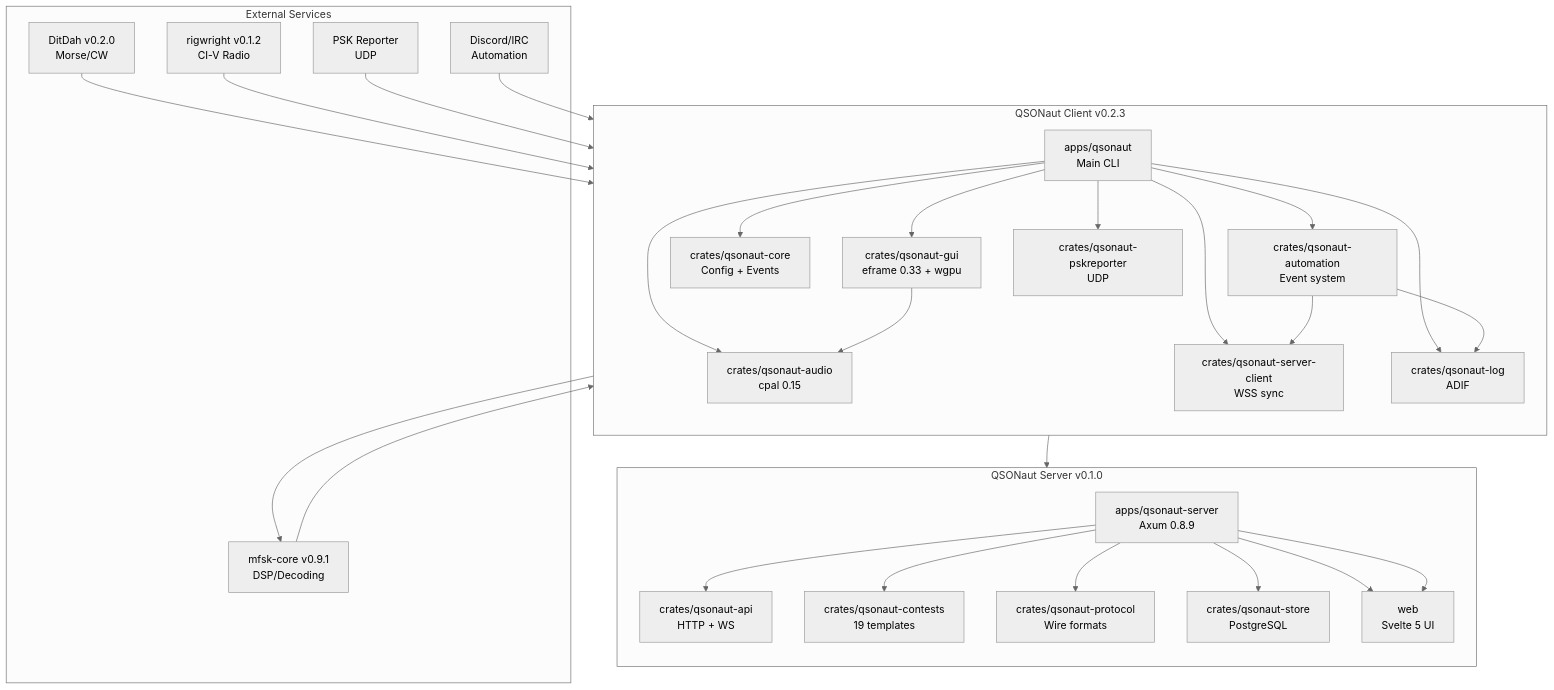
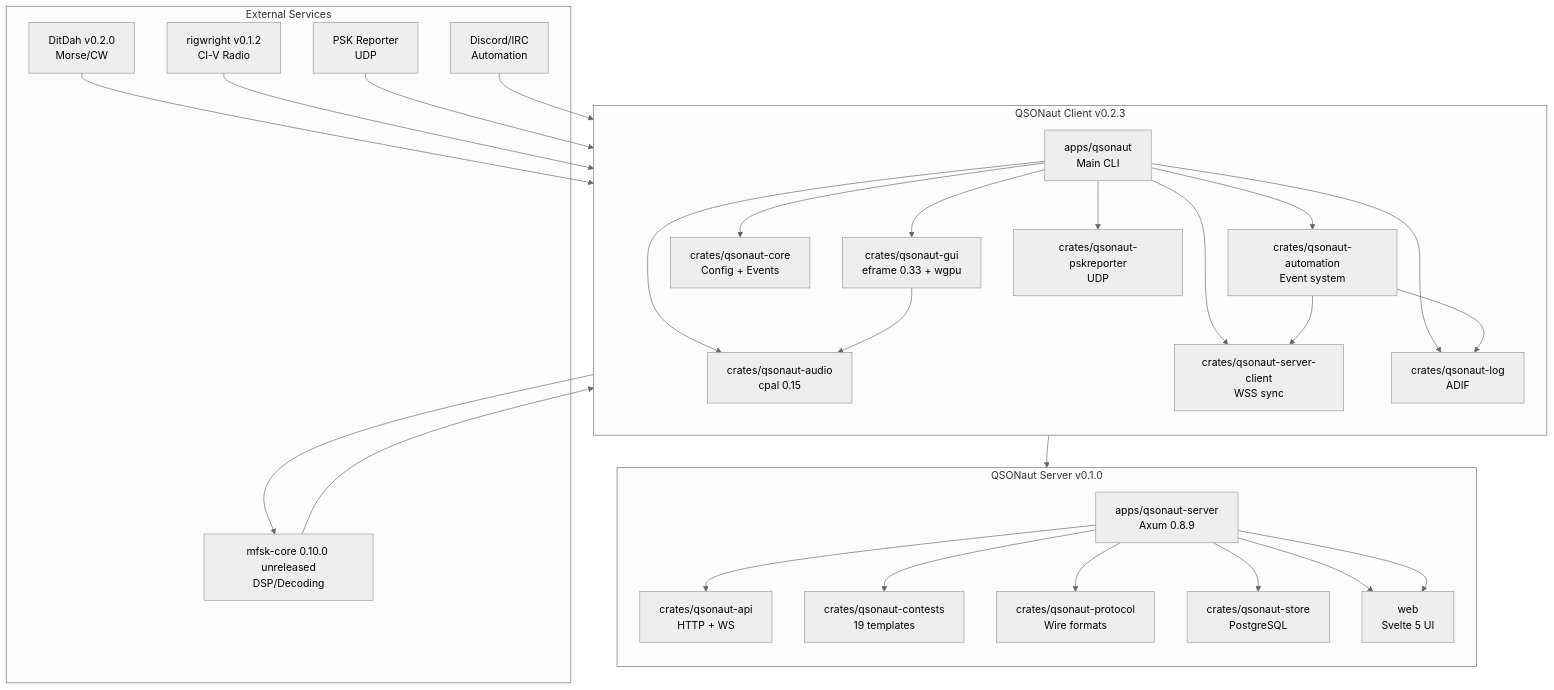
The first of 6 diagrams in docs/ARCHITECTURE.md (nicksbar/QSONaut), drawn with Mermaid (neutral theme) before and after one commit. The commit also changed other lines of this file and 4 other files, not shown here.

````diff
--- a/docs/ARCHITECTURE.md
+++ b/docs/ARCHITECTURE.md
@@ -5,45 +5,45 @@
 ```mermaid
 graph TB
     subgraph QSONaut_Client["QSONaut Client v0.2.3"]
         direction TB
         A[apps/qsonaut<br/>Main CLI]
         A --> B[crates/qsonaut-gui<br/>eframe 0.33 + wgpu]
         A --> C[crates/qsonaut-core<br/>Config + Events]
         A --> F[crates/qsonaut-audio<br/>cpal 0.15]
         A --> G[crates/qsonaut-automation<br/>Event system]
         A --> H[crates/qsonaut-server-client<br/>WSS sync]
         A --> I[crates/qsonaut-log<br/>ADIF]
         A --> J[crates/qsonaut-pskreporter<br/>UDP]
         
         B --> F
         G --> H
         G --> I
     end
     
     subgraph QSONaut_Server["QSONaut Server v0.1.0"]
         direction TB
         K[apps/qsonaut-server<br/>Axum 0.8.9]
         K --> L[crates/qsonaut-api<br/>HTTP + WS]
         K --> M[crates/qsonaut-contests<br/>19 templates]
         K --> N[crates/qsonaut-protocol<br/>Wire formats]
         K --> O[crates/qsonaut-store<br/>PostgreSQL]
         K --> P[web<br/>Svelte 5 UI]
     end
     
     subgraph External["External Services"]
-        Q[mfsk-core v0.9.1<br/>DSP/Decoding]
+        Q[mfsk-core 0.10.0 unreleased<br/>DSP/Decoding]
         U[DitDah v0.2.0<br/>Morse/CW]
         R[rigwright v0.1.2<br/>CI-V Radio]
         S[PSK Reporter<br/>UDP]
         T[Discord/IRC<br/>Automation]
     end
     
     Q --> B
     U --> B
     F --> Q
     R --> A
     S --> I
     T --> G
     H --> K
     K --> P
 ```
````
